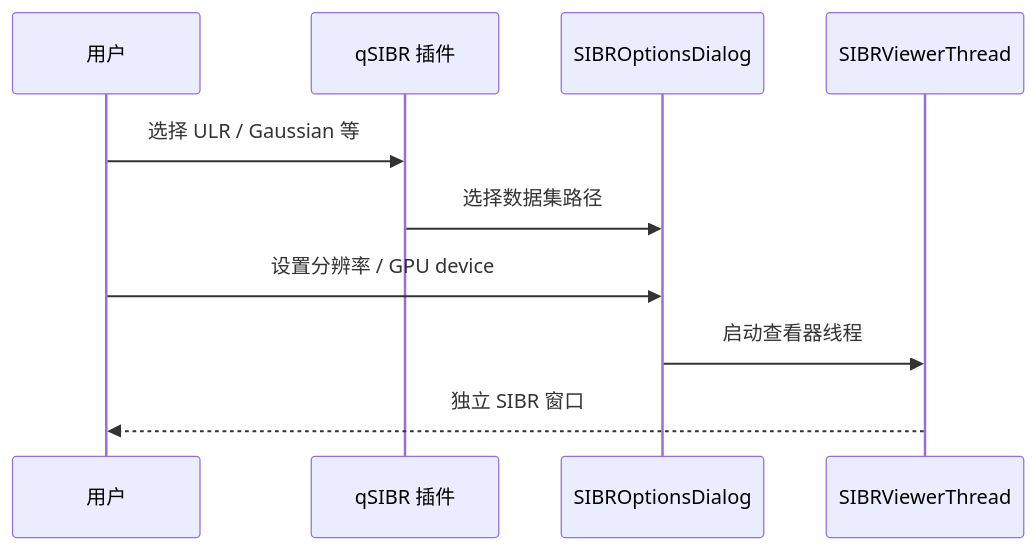
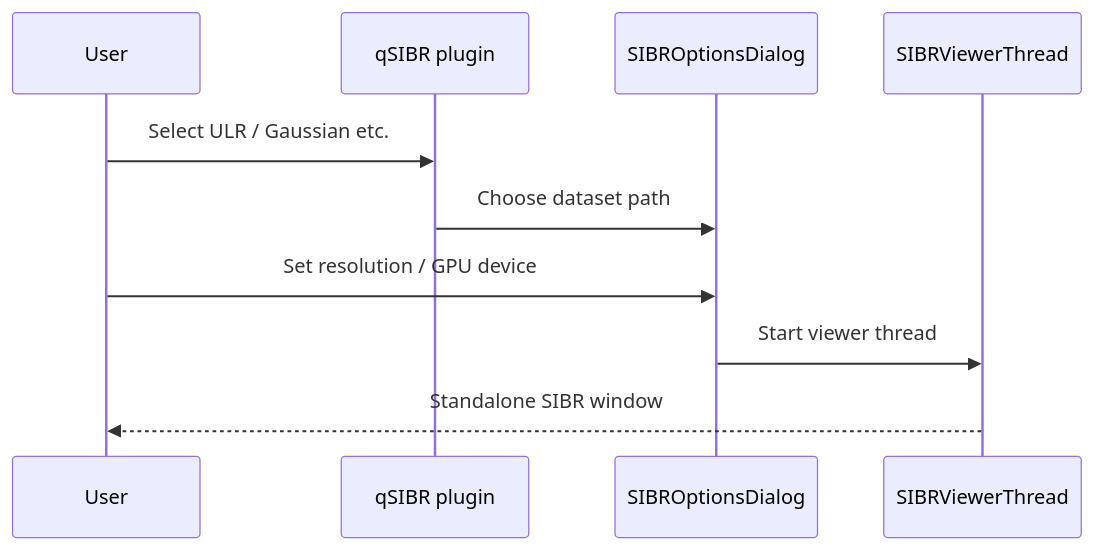
The second of 2 diagrams in plugins/core/Standard/qSIBR/README.md (Asher-1/ACloudViewer), drawn with Mermaid before and after one commit. The commit also changed other lines of this file and 74 other files, not shown here.

````diff
--- a/plugins/core/Standard/qSIBR/README.md
+++ b/plugins/core/Standard/qSIBR/README.md
@@ -55,13 +55,13 @@
 ```mermaid
 sequenceDiagram
-    participant U as 用户
-    participant P as qSIBR 插件
+    participant U as User
+    participant P as qSIBR plugin
     participant O as SIBROptionsDialog
     participant T as SIBRViewerThread
 
-    U->>P: 选择 ULR / Gaussian 等
-    P->>O: 选择数据集路径
-    U->>O: 设置分辨率 / GPU device
-    O->>T: 启动查看器线程
-    T-->>U: 独立 SIBR 窗口
+    U->>P: Select ULR / Gaussian etc.
+    P->>O: Choose dataset path
+    U->>O: Set resolution / GPU device
+    O->>T: Start viewer thread
+    T-->>U: Standalone SIBR window
 ```
````
